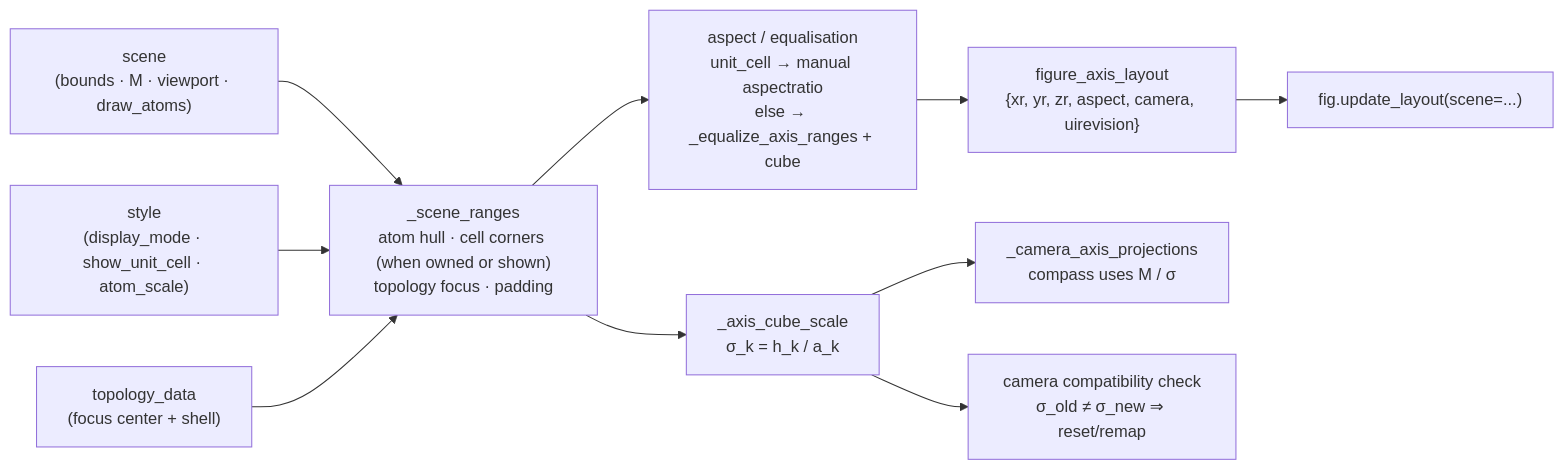
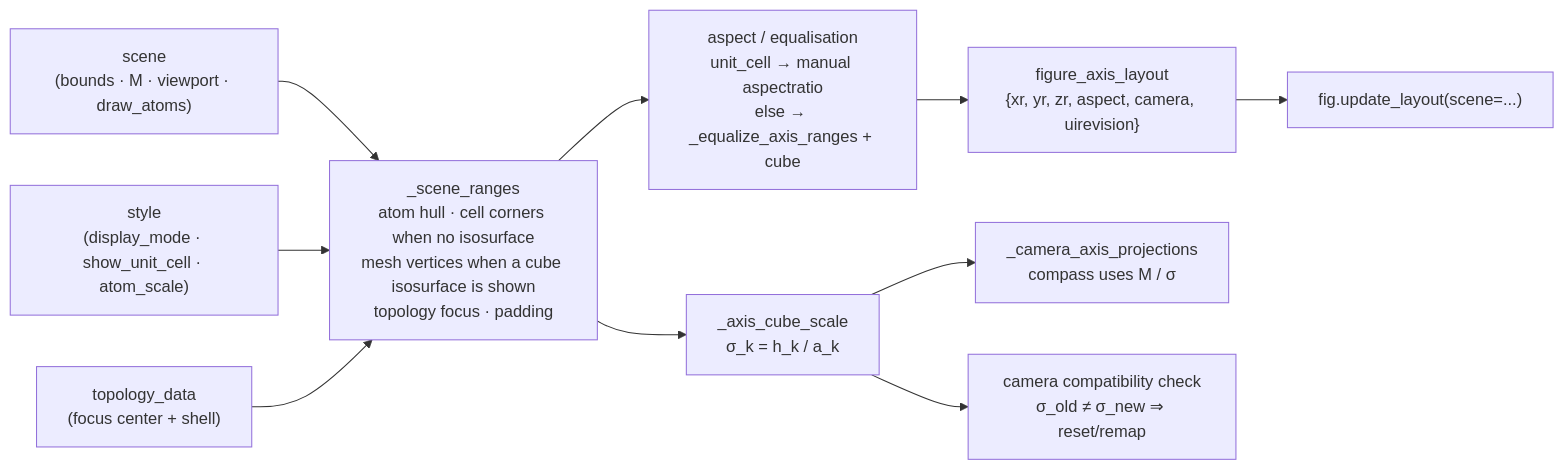
One commit to SchrodingersCattt/MatterVis changed the first of 2 diagrams in docs/derivations/camera.md. Above: the diagram before and after it, drawn with Mermaid. The commit also changed 15 other files, not shown here.

First line of the commit message:
feat: frame cube isosurfaces on the molecule and mesh

````diff
--- a/docs/derivations/camera.md
+++ b/docs/derivations/camera.md
@@ -14,12 +14,12 @@
 ```mermaid
 flowchart LR
-    A["scene<br/>(bounds · M · viewport · draw_atoms)"] --> R["_scene_ranges<br/>atom hull · cell corners (when owned or shown)<br/>topology focus · padding"]
+    A["scene<br/>(bounds · M · viewport · draw_atoms)"] --> R["_scene_ranges<br/>atom hull · cell corners when no isosurface<br/>mesh vertices when a cube isosurface is shown<br/>topology focus · padding"]
     S["style<br/>(display_mode · show_unit_cell · atom_scale)"] --> R
     T["topology_data<br/>(focus center + shell)"] --> R
     R --> AS["aspect / equalisation<br/>unit_cell → manual aspectratio<br/>else → _equalize_axis_ranges + cube"]
     AS --> Layout["figure_axis_layout<br/>{xr, yr, zr, aspect, camera, uirevision}"]
     R --> CS["_axis_cube_scale<br/>σ_k = h_k / a_k"]
     CS --> CP["_camera_axis_projections<br/>compass uses M / σ"]
     CS --> Compat["camera compatibility check<br/>σ_old ≠ σ_new ⇒ reset/remap"]
     Layout --> Fig["fig.update_layout(scene=...)"]
 ```
````
